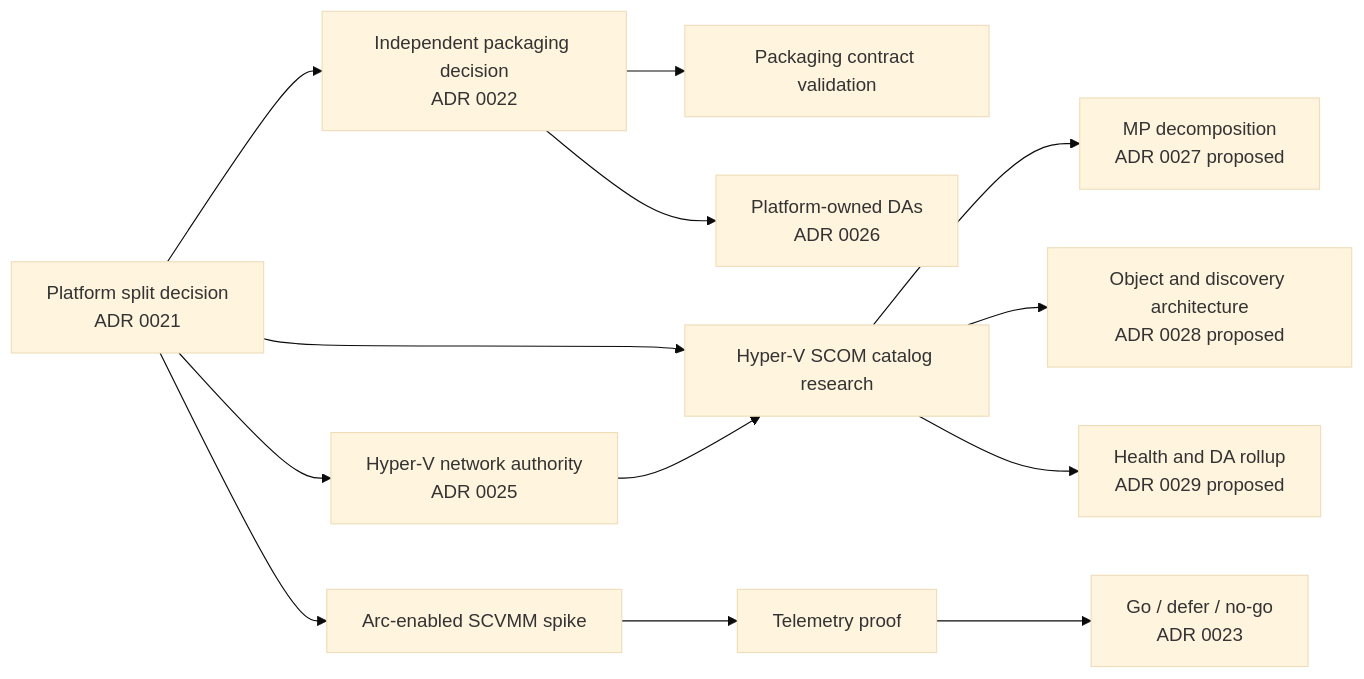
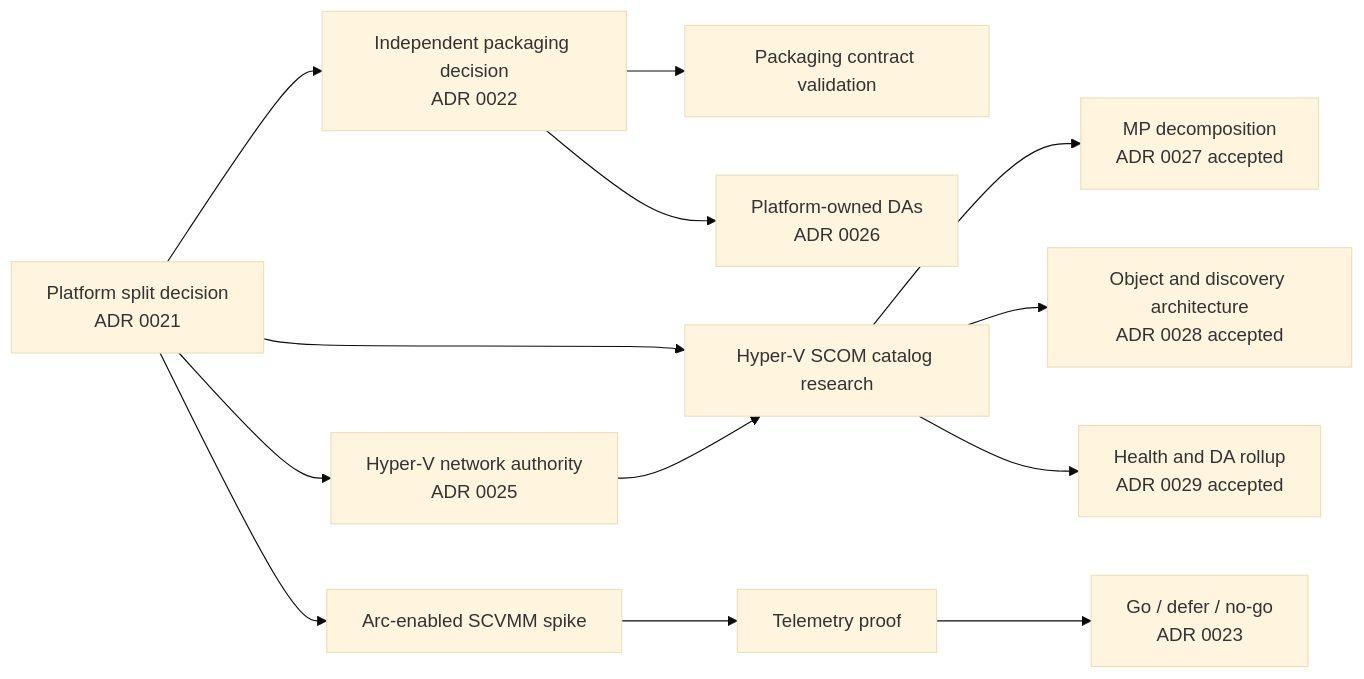
One commit to AzureLocal/azurelocal-scom-mp changed the diagram in docs/design/research-spikes.md. Above: the diagram before and after it, drawn with Mermaid (base theme). The commit also changed other lines of this file and 43 other files, not shown here.

````diff
--- a/docs/design/research-spikes.md
+++ b/docs/design/research-spikes.md
@@ -19,15 +19,15 @@
 ```mermaid
 flowchart LR
     P[Platform split decision<br/>ADR 0021] --> Pkg[Independent packaging decision<br/>ADR 0022]
     Pkg --> S1[Packaging contract validation]
     Pkg --> DA[Platform-owned DAs<br/>ADR 0026]
     P --> S2[Hyper-V SCOM catalog research]
     P --> Net[Hyper-V network authority<br/>ADR 0025]
     Net --> S2
-    S2 --> MP[MP decomposition<br/>ADR 0027 proposed]
-    S2 --> OBJ[Object and discovery architecture<br/>ADR 0028 proposed]
-    S2 --> HEALTH[Health and DA rollup<br/>ADR 0029 proposed]
+    S2 --> MP[MP decomposition<br/>ADR 0027 accepted]
+    S2 --> OBJ[Object and discovery architecture<br/>ADR 0028 accepted]
+    S2 --> HEALTH[Health and DA rollup<br/>ADR 0029 accepted]
     P --> S3[Arc-enabled SCVMM spike]
     S3 --> S4[Telemetry proof]
     S4 --> Arc[Go / defer / no-go<br/>ADR 0023]
 ```
````
